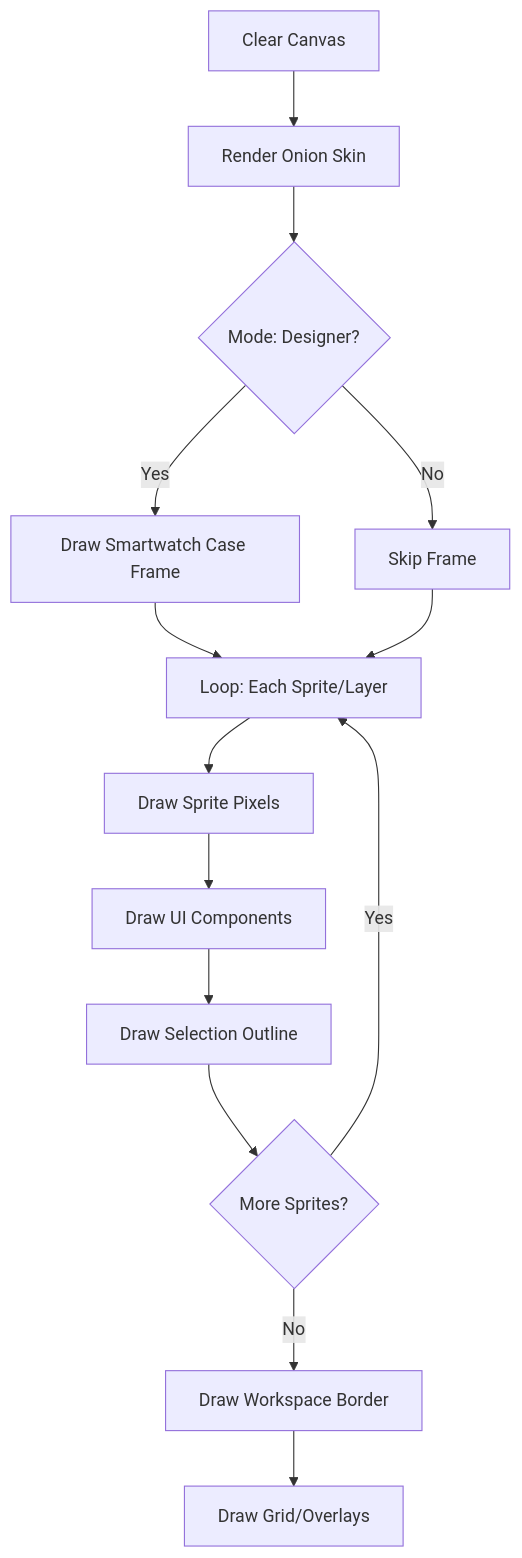
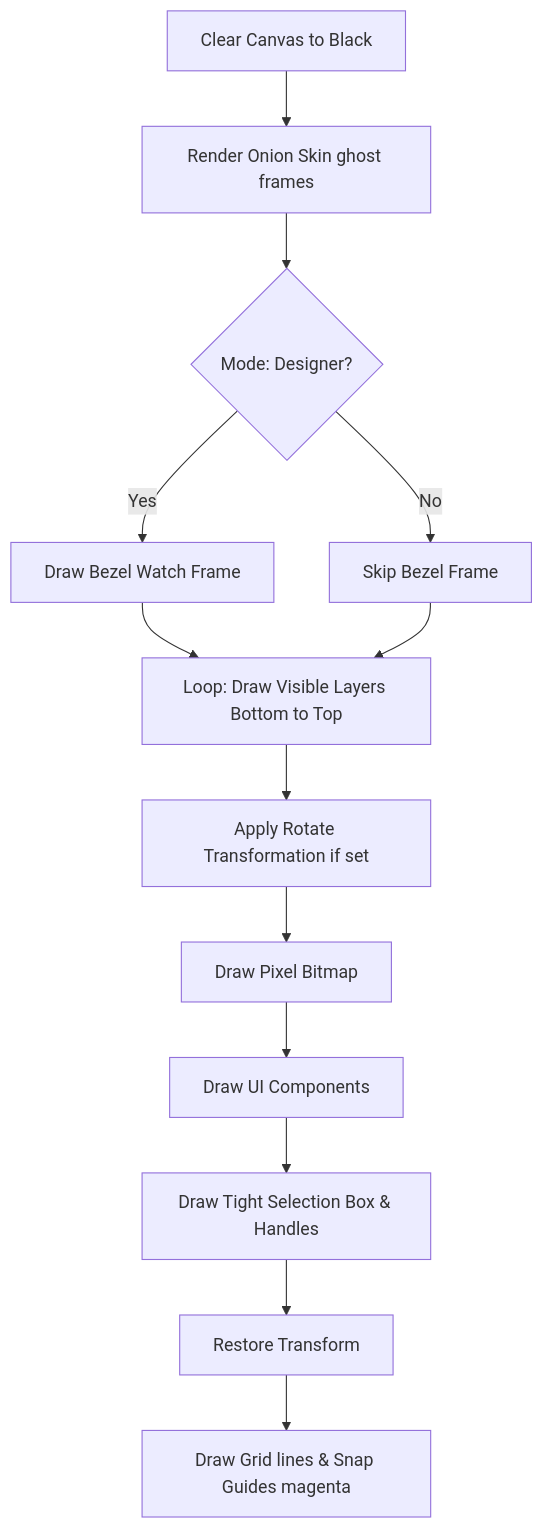
Before and after one commit to hazzma/Mochi-Animator-Online: the second of 2 diagrams in MOCHI_DEVELOPMENT_LOG.md, drawn with Mermaid. The commit also changed other lines of this file, not shown here.

````diff
--- a/MOCHI_DEVELOPMENT_LOG.md
+++ b/MOCHI_DEVELOPMENT_LOG.md
@@ -39,16 +38,15 @@
 ```mermaid
 graph TD
-    A[Clear Canvas] --> B[Render Onion Skin]
+    A[Clear Canvas to Black] --> B[Render Onion Skin ghost frames]
     B --> C{Mode: Designer?}
-    C -- Yes --> D[Draw Smartwatch Case Frame]
-    C -- No --> E[Skip Frame]
-    D --> F[Loop: Each Sprite/Layer]
+    C -- Yes --> D[Draw Bezel Watch Frame]
+    C -- No --> E[Skip Bezel Frame]
+    D --> F[Loop: Draw Visible Layers Bottom to Top]
     E --> F
-    F --> G[Draw Sprite Pixels]
-    G --> H[Draw UI Components]
-    H --> I[Draw Selection Outline]
-    I --> J{More Sprites?}
-    J -- Yes --> F
-    J -- No --> K[Draw Workspace Border]
-    K --> L[Draw Grid/Overlays]
+    F --> G[Apply Rotate Transformation if set]
+    G --> H[Draw Pixel Bitmap]
+    H --> I[Draw UI Components]
+    I --> J[Draw Tight Selection Box & Handles]
+    J --> K[Restore Transform]
+    K --> L[Draw Grid lines & Snap Guides magenta]
 ```
````
